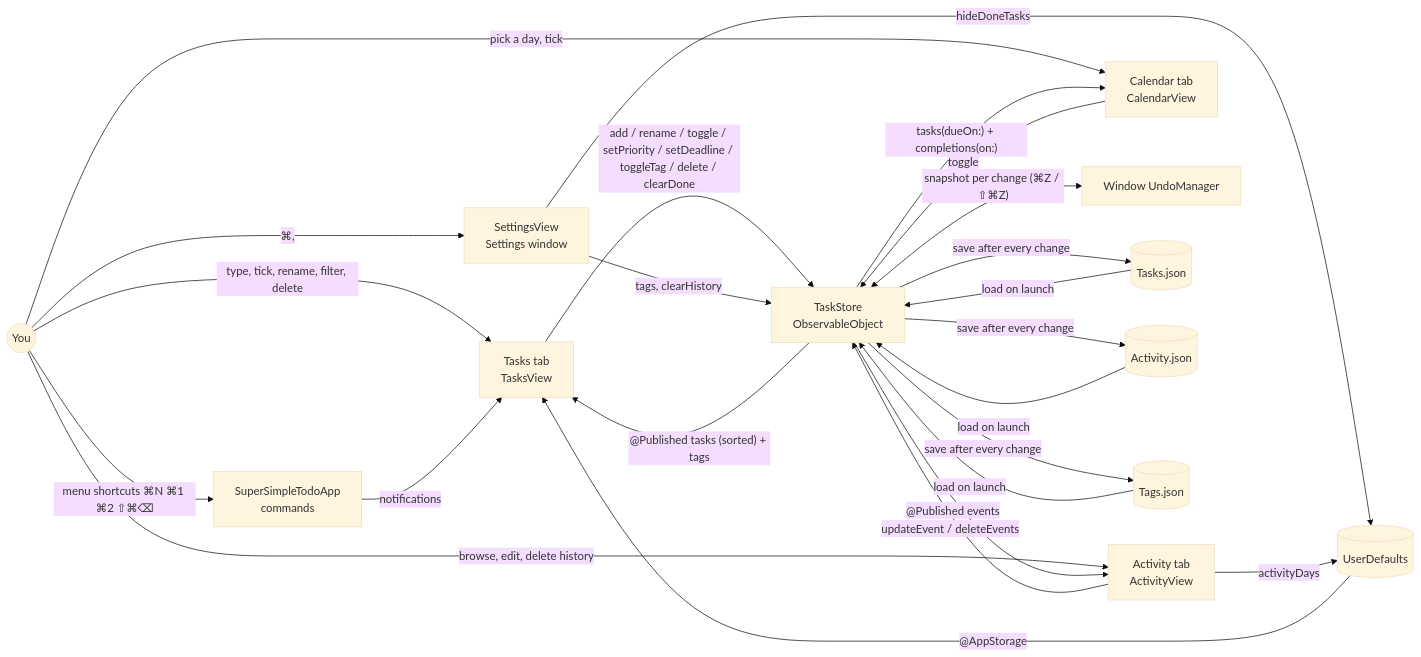
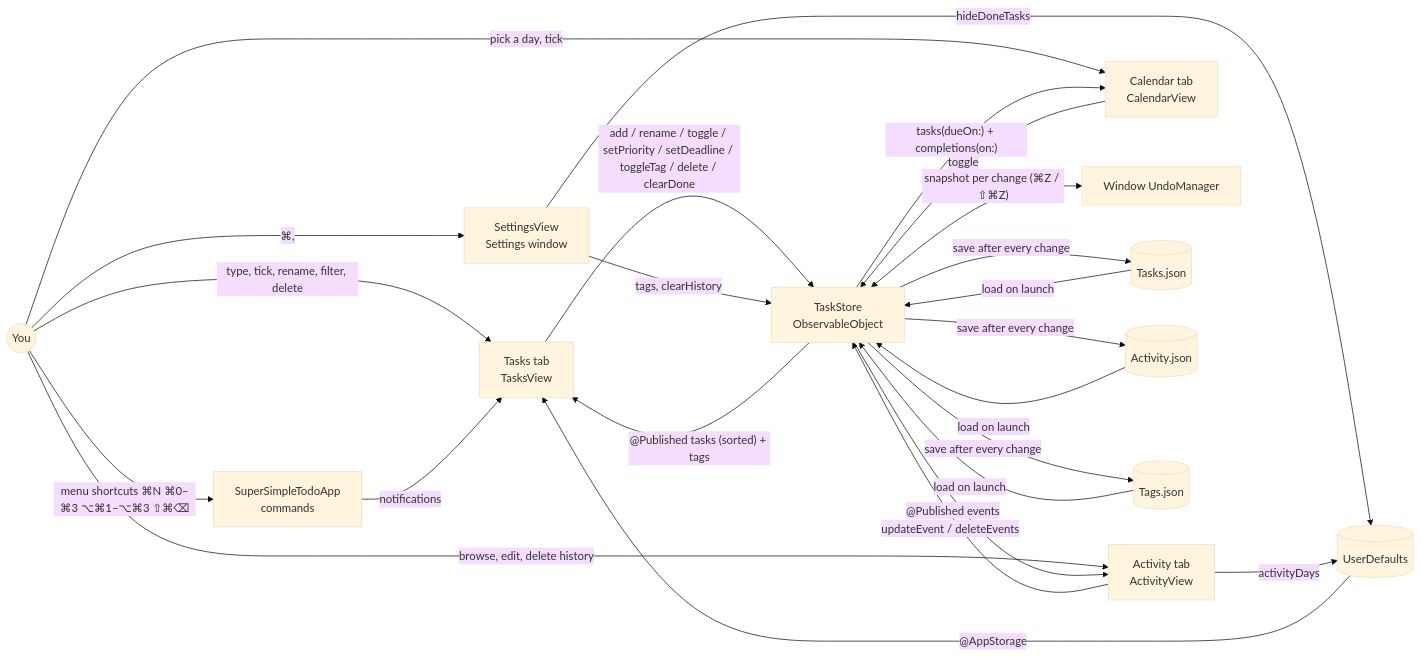
One commit to amalmehta/SuperSimpleTodo changed the diagram in docs/SYSTEM-DESIGN.md. Above: the diagram before and after it, drawn with Mermaid (base theme). The commit also changed other lines of this file and 10 other files, not shown here.

````diff
--- a/docs/SYSTEM-DESIGN.md
+++ b/docs/SYSTEM-DESIGN.md
@@ -7,24 +7,24 @@
 ```mermaid
 flowchart LR
     User((You)) -->|type, tick, rename, filter, delete| TV[Tasks tab<br/>TasksView]
     User -->|browse, edit, delete history| AV[Activity tab<br/>ActivityView]
     User -->|pick a day, tick| CV[Calendar tab<br/>CalendarView]
     CV -->|toggle| TS
     TS -->|"tasks(dueOn:) + completions(on:)"| CV
-    User -->|"menu shortcuts ⌘N ⌘1 ⌘2 ⇧⌘⌫"| App[SuperSimpleTodoApp<br/>commands]
+    User -->|"menu shortcuts ⌘N ⌘0–⌘3 ⌥⌘1–⌥⌘3 ⇧⌘⌫"| App[SuperSimpleTodoApp<br/>commands]
     App -->|notifications| TV
     User -->|⌘,| SV[SettingsView<br/>Settings window]
     TV -->|add / rename / toggle / setPriority / setDeadline / toggleTag / delete / clearDone| TS[TaskStore<br/>ObservableObject]
     AV -->|updateEvent / deleteEvents| TS
     SV -->|tags, clearHistory| TS
     TS <-->|"snapshot per change (⌘Z / ⇧⌘Z)"| UM[Window UndoManager]
     TS -->|"@Published tasks (sorted) + tags"| TV
     TS -->|"@Published events"| AV
     TS -->|save after every change| TJ[(Tasks.json)]
     TS -->|save after every change| AJ[(Activity.json)]
     TS -->|save after every change| SJ[(Tags.json)]
     TJ & AJ & SJ -->|load on launch| TS
     SV -->|hideDoneTasks| UD[(UserDefaults)]
     AV -->|activityDays| UD
     UD -->|"@AppStorage"| TV
 ```
````
